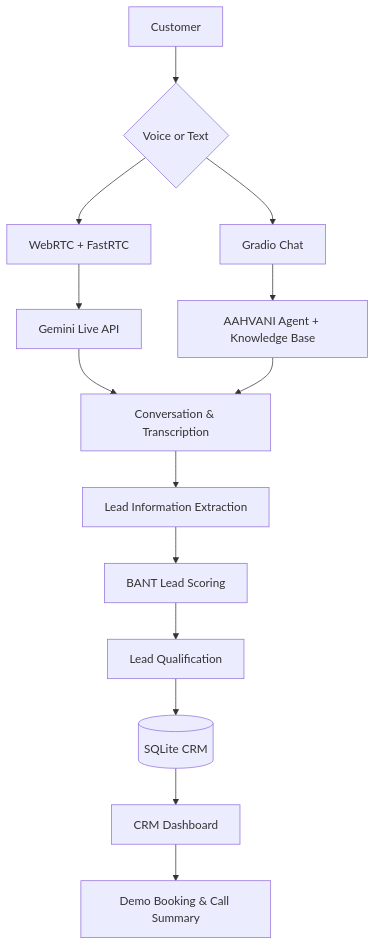
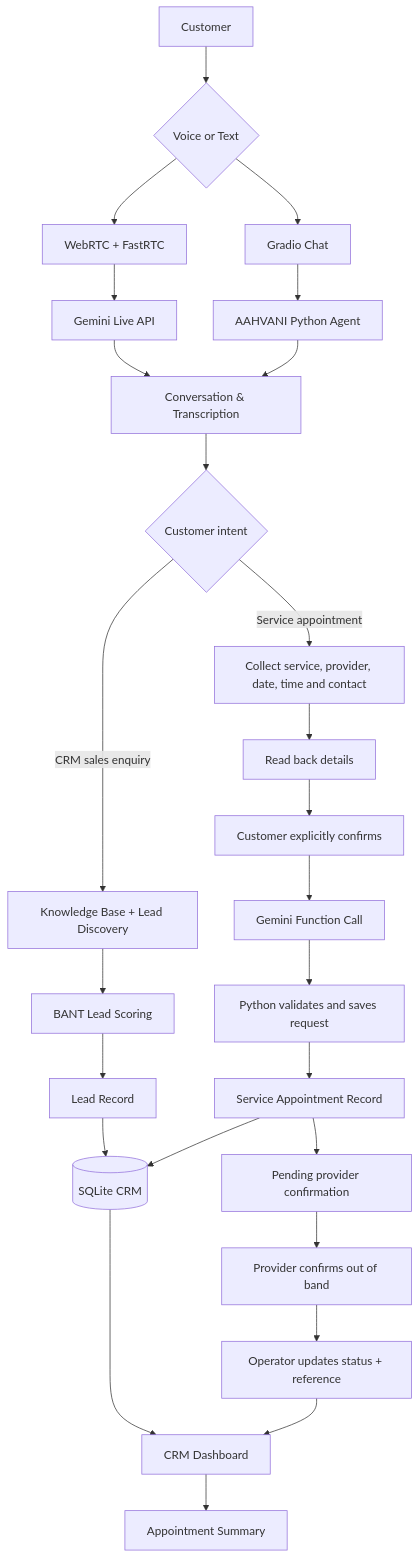
The diagram in architecture/workflow.md (Yogeshyadav870/AAHVANI-AI), drawn with Mermaid before and after one commit. The commit also changed other lines of this file, not shown here.

Commit message:
Update workflow graph for Gemini voice appointment booking

````diff
--- a/architecture/workflow.md
+++ b/architecture/workflow.md
@@ -3,16 +3,31 @@
 ```mermaid
 flowchart TD
     A["Customer"] --> B{"Voice or Text"}
     B --> C["WebRTC + FastRTC"]
     B --> D["Gradio Chat"]
     C --> E["Gemini Live API"]
-    D --> F["AAHVANI Agent + Knowledge Base"]
+    D --> F["AAHVANI Python Agent"]
     E --> G["Conversation & Transcription"]
     F --> G
-    G --> H["Lead Information Extraction"]
-    H --> I["BANT Lead Scoring"]
-    I --> J["Lead Qualification"]
-    J --> K[("SQLite CRM")]
-    K --> L["CRM Dashboard"]
-    L --> M["Demo Booking & Call Summary"]
+
+    G --> H{"Customer intent"}
+    H -->|CRM sales enquiry| I["Knowledge Base + Lead Discovery"]
+    I --> J["BANT Lead Scoring"]
+    J --> K["Lead Record"]
+    K --> M[("SQLite CRM")]
+
+    H -->|Service appointment| N["Collect service, provider, date, time and contact"]
+    N --> O["Read back details"]
+    O --> P["Customer explicitly confirms"]
+    P --> Q["Gemini Function Call"]
+    Q --> R["Python validates and saves request"]
+    R --> S["Service Appointment Record"]
+    S --> M
+
+    M --> T["CRM Dashboard"]
+    T --> U["Appointment Summary"]
+    S --> V["Pending provider confirmation"]
+    V --> W["Provider confirms out of band"]
+    W --> X["Operator updates status + reference"]
+    X --> T
 ```
````
